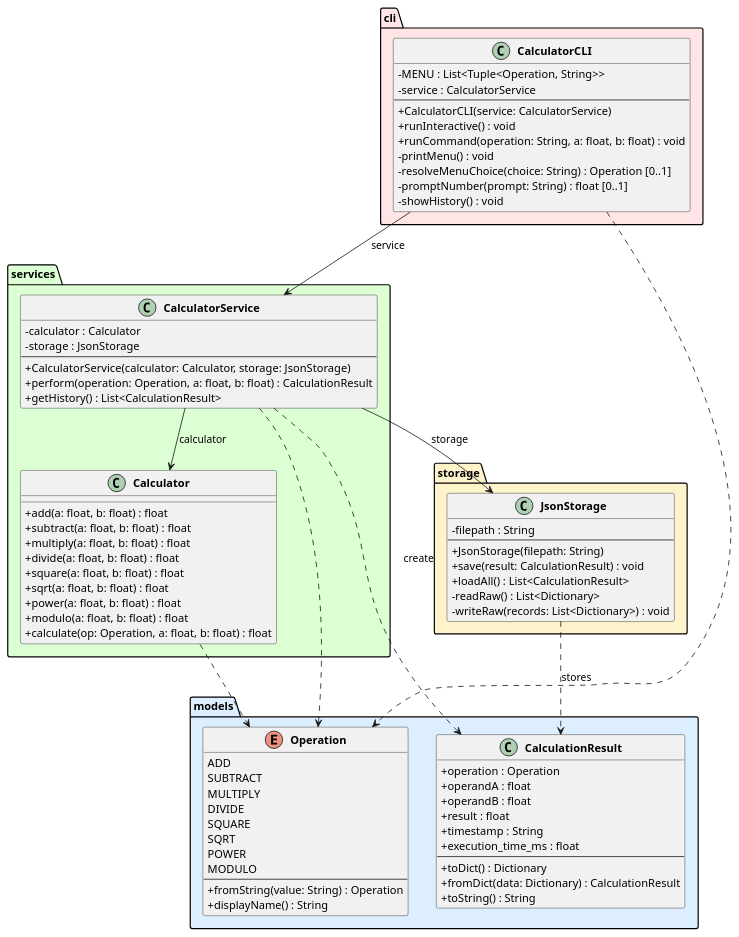
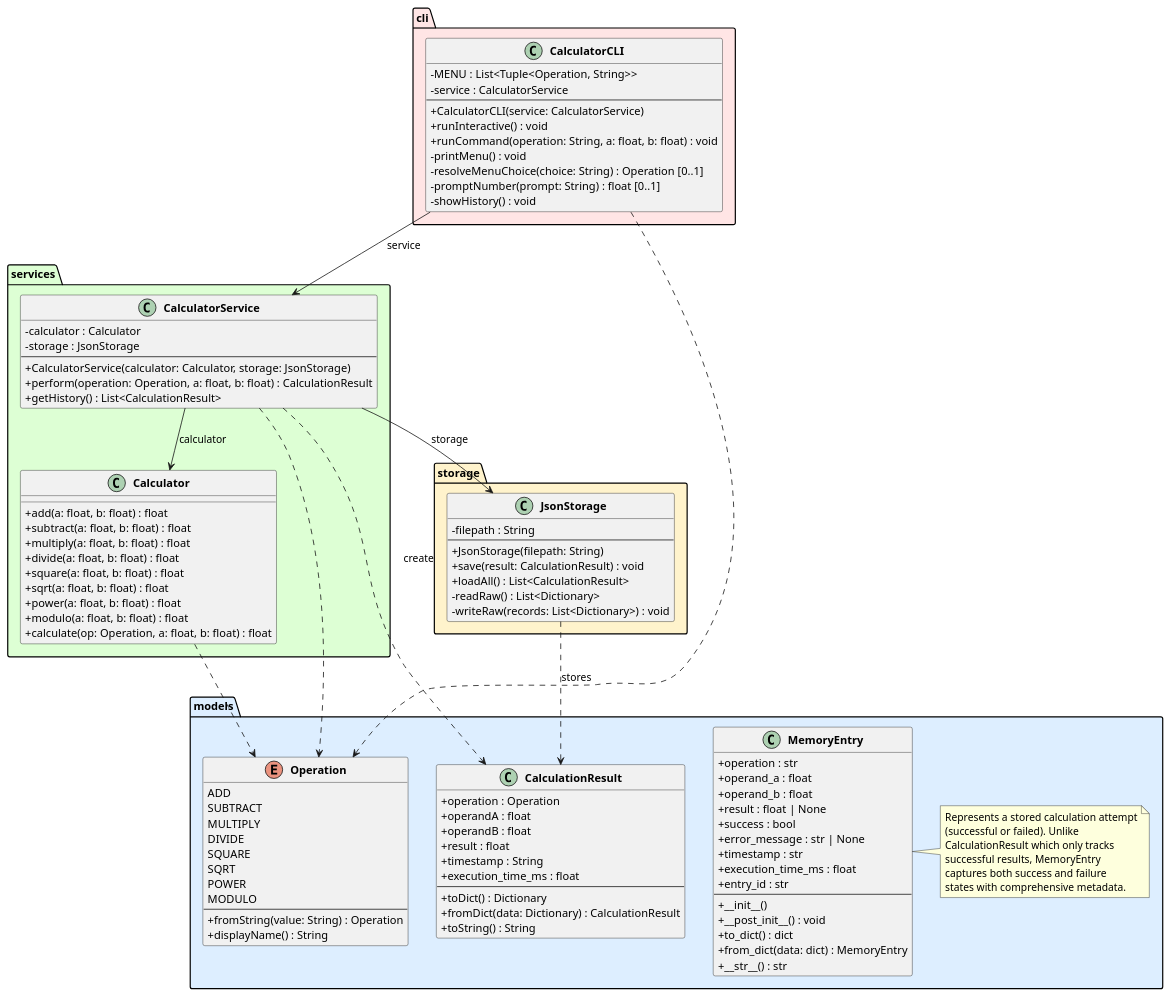
Before and after one commit to DanielRiha8906/Software_autoevolution_using_agents: the diagram in experiments/pipeline/structured_text/calculator/artifacts/class_diagram.puml, drawn with PlantUML. The commit also changed 6 other files, not shown here.

First line of the commit message:
task 03 | introduce MemoryEntry domain class

```diff
--- a/experiments/pipeline/structured_text/calculator/artifacts/class_diagram.puml
+++ b/experiments/pipeline/structured_text/calculator/artifacts/class_diagram.puml
@@ -1,95 +1,122 @@
 @startuml class_diagram
 
 skinparam classAttributeIconSize 0
 skinparam classFontStyle bold
 
 package "models" #DDEEFF {
     enum Operation {
         ADD
         SUBTRACT
         MULTIPLY
         DIVIDE
         SQUARE
         SQRT
         POWER
         MODULO
         --
         +fromString(value: String) : Operation
         +displayName() : String
     }
 
     class CalculationResult {
         +operation : Operation
         +operandA : float
         +operandB : float
         +result : float
         +timestamp : String
         +execution_time_ms : float
         --
         +toDict() : Dictionary
         +fromDict(data: Dictionary) : CalculationResult
         +toString() : String
     }
+
+    class MemoryEntry {
+        +operation : str
+        +operand_a : float
+        +operand_b : float
+        +result : float | None
+        +success : bool
+        +error_message : str | None
+        +timestamp : str
+        +execution_time_ms : float
+        +entry_id : str
+        --
+        +__init__()
+        +__post_init__() : void
+        +to_dict() : dict
+        +from_dict(data: dict) : MemoryEntry
+        +__str__() : str
+    }
+
+    note right of MemoryEntry
+        Represents a stored calculation attempt
+        (successful or failed). Unlike
+        CalculationResult which only tracks
+        successful results, MemoryEntry
+        captures both success and failure
+        states with comprehensive metadata.
+    end note
 }
 
 package "services" #DDFFD4 {
     class Calculator {
         +add(a: float, b: float) : float
         +subtract(a: float, b: float) : float
         +multiply(a: float, b: float) : float
         +divide(a: float, b: float) : float
         +square(a: float, b: float) : float
         +sqrt(a: float, b: float) : float
         +power(a: float, b: float) : float
         +modulo(a: float, b: float) : float
         +calculate(op: Operation, a: float, b: float) : float
     }
 
     class CalculatorService {
         -calculator : Calculator
         -storage : JsonStorage
         --
         +CalculatorService(calculator: Calculator, storage: JsonStorage)
         +perform(operation: Operation, a: float, b: float) : CalculationResult
         +getHistory() : List<CalculationResult>
     }
 }
 
 package "storage" #FFF3CC {
     class JsonStorage {
         -filepath : String
         --
         +JsonStorage(filepath: String)
         +save(result: CalculationResult) : void
         +loadAll() : List<CalculationResult>
         -readRaw() : List<Dictionary>
         -writeRaw(records: List<Dictionary>) : void
     }
 }
 
 package "cli" #FFE5E5 {
     class CalculatorCLI {
         -MENU : List<Tuple<Operation, String>>
         -service : CalculatorService
         --
         +CalculatorCLI(service: CalculatorService)
         +runInteractive() : void
         +runCommand(operation: String, a: float, b: float) : void
         -printMenu() : void
         -resolveMenuChoice(choice: String) : Operation [0..1]
         -promptNumber(prompt: String) : float [0..1]
         -showHistory() : void
     }
 }
 
 CalculatorCLI --> CalculatorService : service
 CalculatorService --> Calculator : calculator
 CalculatorService --> JsonStorage : storage
 
 CalculatorService ..> CalculationResult : create
 CalculatorService ..> Operation
 CalculatorCLI ..> Operation
 Calculator ..> Operation
 JsonStorage ..> CalculationResult : stores
 
 @enduml
```
